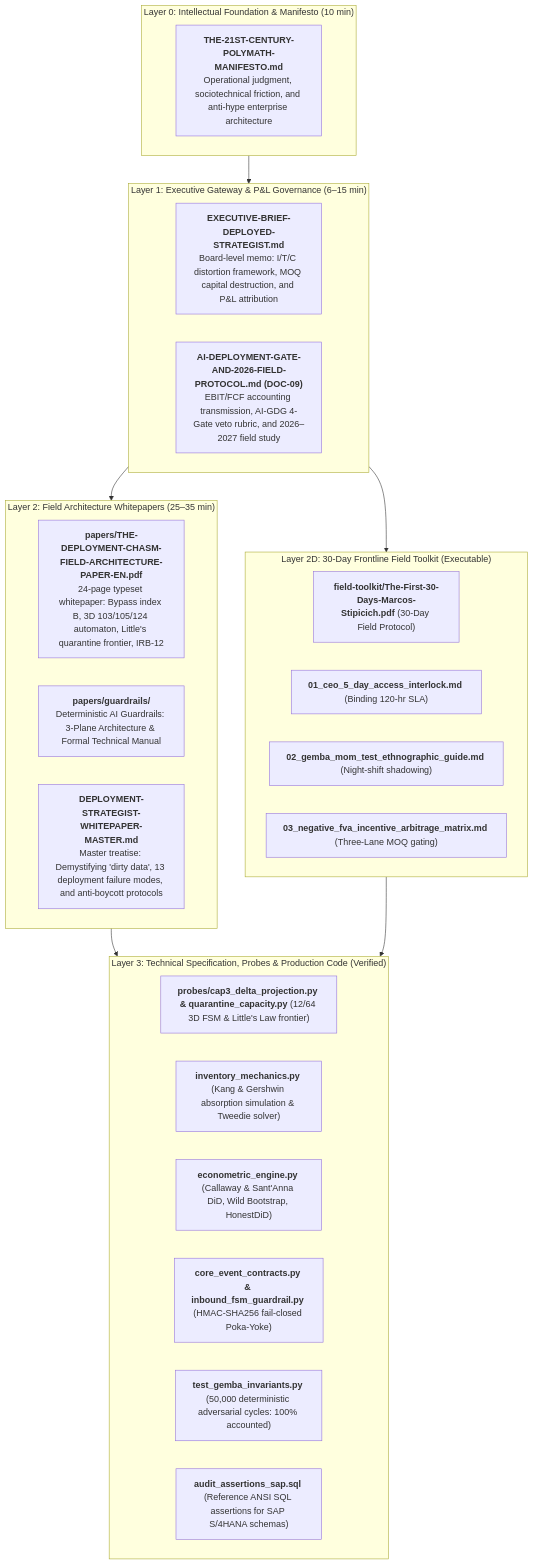
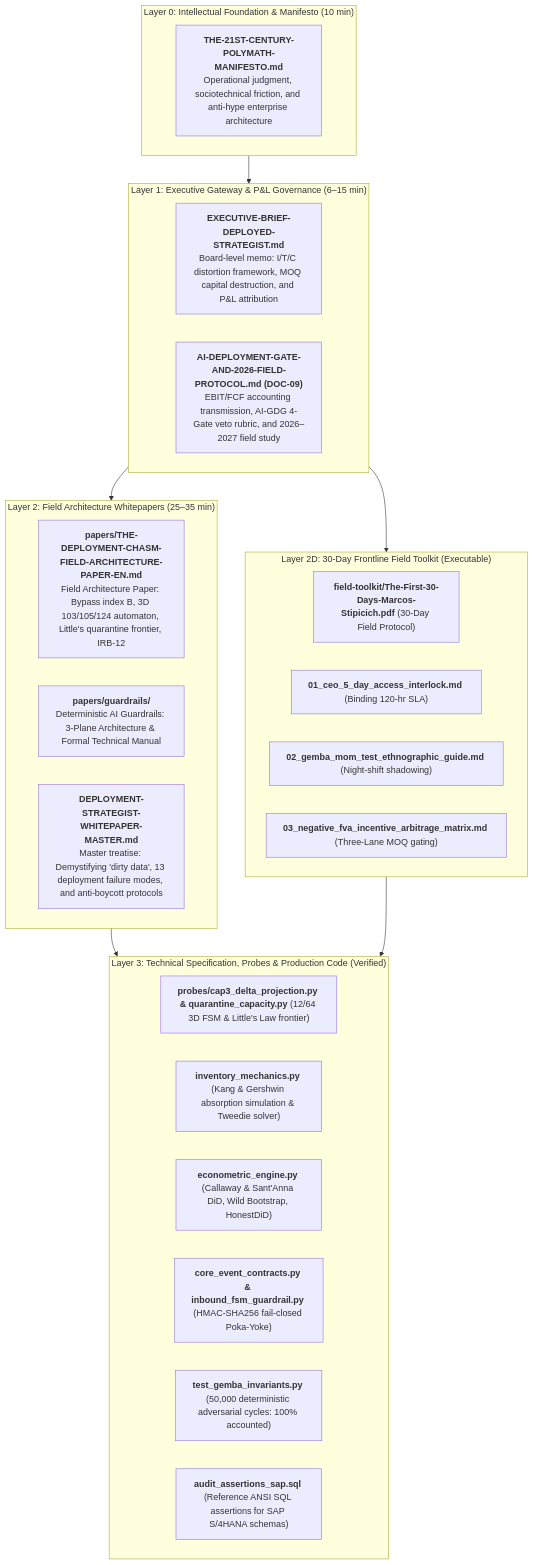
One commit to esstipi-debug/mellon changed the first of 2 diagrams in README.md. Above: the diagram before and after it, drawn with Mermaid. The commit also changed other lines of this file and 8 other files, not shown here.

First line of the commit message:
docs(papers): sync the corrected Field Architecture text and withdraw the two outdated PDFs

````diff
--- a/README.md
+++ b/README.md
@@ -82,39 +82,39 @@
 ```mermaid
 flowchart TD
     subgraph Layer0["Layer 0: Intellectual Foundation & Manifesto (10 min)"]
         L0["<b>THE-21ST-CENTURY-POLYMATH-MANIFESTO.md</b><br/>Operational judgment, sociotechnical friction, and anti-hype enterprise architecture"]
     end
 
     subgraph Layer1["Layer 1: Executive Gateway & P&L Governance (6–15 min)"]
         L1["<b>EXECUTIVE-BRIEF-DEPLOYED-STRATEGIST.md</b><br/>Board-level memo: I/T/C distortion framework, MOQ capital destruction, and P&L attribution"]
         L1B["<b>AI-DEPLOYMENT-GATE-AND-2026-FIELD-PROTOCOL.md (DOC-09)</b><br/>EBIT/FCF accounting transmission, AI-GDG 4-Gate veto rubric, and 2026–2027 field study"]
     end
 
     subgraph Layer2A["Layer 2: Field Architecture Whitepapers (25–35 min)"]
-        L2P["<b>papers/THE-DEPLOYMENT-CHASM-FIELD-ARCHITECTURE-PAPER-EN.pdf</b><br/>24-page typeset whitepaper: Bypass index B, 3D 103/105/124 automaton, Little's quarantine frontier, IRB-12"]
+        L2P["<b>papers/THE-DEPLOYMENT-CHASM-FIELD-ARCHITECTURE-PAPER-EN.md</b><br/>Field Architecture Paper: Bypass index B, 3D 103/105/124 automaton, Little's quarantine frontier, IRB-12"]
         L2G["<b>papers/guardrails/</b><br/>Deterministic AI Guardrails: 3-Plane Architecture & Formal Technical Manual"]
         L2A["<b>DEPLOYMENT-STRATEGIST-WHITEPAPER-MASTER.md</b><br/>Master treatise: Demystifying 'dirty data', 13 deployment failure modes, and anti-boycott protocols"]
     end
 
     subgraph Layer2D["Layer 2D: 30-Day Frontline Field Toolkit (Executable)"]
         L2D0["<b>field-toolkit/The-First-30-Days-Marcos-Stipicich.pdf</b> (30-Day Field Protocol)"]
         L2D1["<b>01_ceo_5_day_access_interlock.md</b> (Binding 120-hr SLA)"]
         L2D2["<b>02_gemba_mom_test_ethnographic_guide.md</b> (Night-shift shadowing)"]
         L2D3["<b>03_negative_fva_incentive_arbitrage_matrix.md</b> (Three-Lane MOQ gating)"]
     end
 
     subgraph Layer3["Layer 3: Technical Specification, Probes & Production Code (Verified)"]
         C0["<b>probes/cap3_delta_projection.py & quarantine_capacity.py</b> (12/64 3D FSM & Little's Law frontier)"]
         C1["<b>inventory_mechanics.py</b> (Kang & Gershwin absorption simulation & Tweedie solver)"]
         C2["<b>econometric_engine.py</b> (Callaway & Sant'Anna DiD, Wild Bootstrap, HonestDiD)"]
         C3["<b>core_event_contracts.py & inbound_fsm_guardrail.py</b> (HMAC-SHA256 fail-closed Poka-Yoke)"]
         C5["<b>test_gemba_invariants.py</b> (50,000 deterministic adversarial cycles: 100% accounted)"]
         C6["<b>audit_assertions_sap.sql</b> (Reference ANSI SQL assertions for SAP S/4HANA schemas)"]
     end
 
     Layer0 --> Layer1
     Layer1 --> Layer2A
     Layer1 --> Layer2D
     Layer2A --> Layer3
     Layer2D --> Layer3
 ```
````
